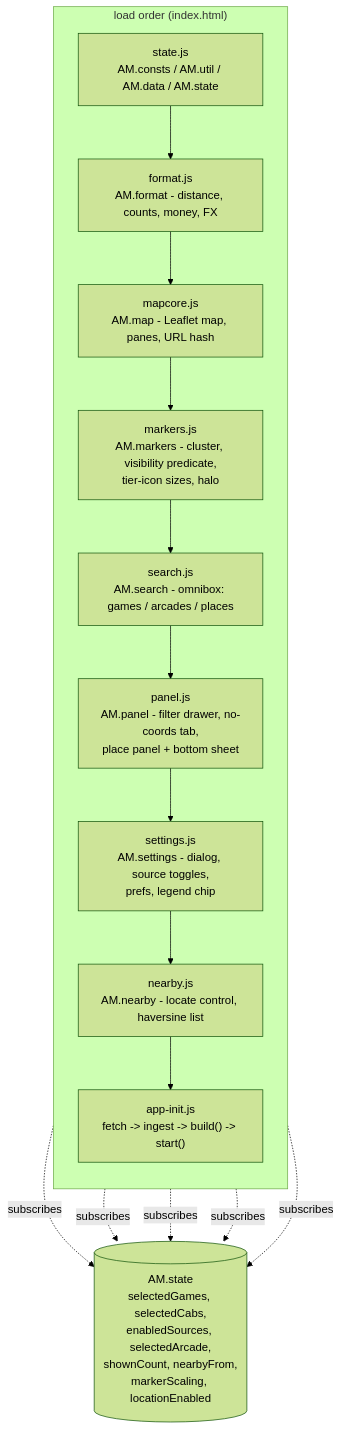
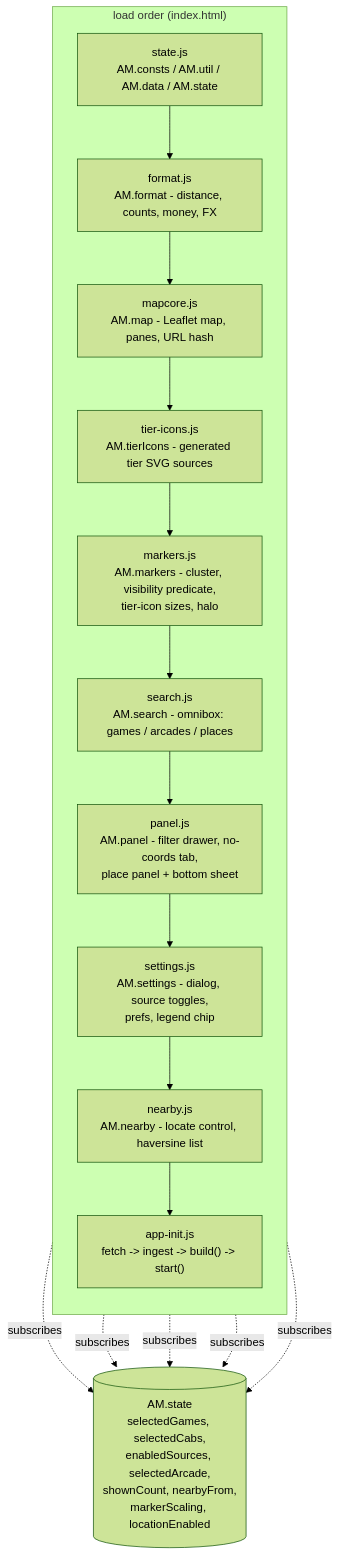
The second of 2 diagrams in docs/ARCHITECTURE.md (JonathanLiu1401/Arcade-Maps), drawn with Mermaid (forest theme) before and after one commit. The commit also changed other lines of this file and 8 other files, not shown here.

````diff
--- a/docs/ARCHITECTURE.md
+++ b/docs/ARCHITECTURE.md
@@ -169,24 +173,25 @@
 ```mermaid
 flowchart TD
   subgraph load["load order (index.html)"]
     direction TB
     state["state.js<br>AM.consts / AM.util / AM.data / AM.state"]
     format["format.js<br>AM.format - distance, counts, money, FX"]
     mapcore["mapcore.js<br>AM.map - Leaflet map, panes, URL hash"]
+    tiericons["tier-icons.js<br>AM.tierIcons - generated tier SVG sources"]
     markers["markers.js<br>AM.markers - cluster, visibility predicate,<br>tier-icon sizes, halo"]
     search["search.js<br>AM.search - omnibox: games / arcades / places"]
     panel["panel.js<br>AM.panel - filter drawer, no-coords tab,<br>place panel + bottom sheet"]
     settings["settings.js<br>AM.settings - dialog, source toggles,<br>prefs, legend chip"]
     nearby["nearby.js<br>AM.nearby - locate control, haversine list"]
     init["app-init.js<br>fetch -> ingest -> build() -> start()"]
-    state --> format --> mapcore --> markers --> search --> panel --> settings --> nearby --> init
+    state --> format --> mapcore --> tiericons --> markers --> search --> panel --> settings --> nearby --> init
   end
 
   store[("AM.state<br>selectedGames, selectedCabs,<br>enabledSources, selectedArcade,<br>shownCount, nearbyFrom,<br>markerScaling, locationEnabled")]
 
   markers -. subscribes .-> store
   search -. subscribes .-> store
   panel -. subscribes .-> store
   settings -. subscribes .-> store
   nearby -. subscribes .-> store
 ```
````
